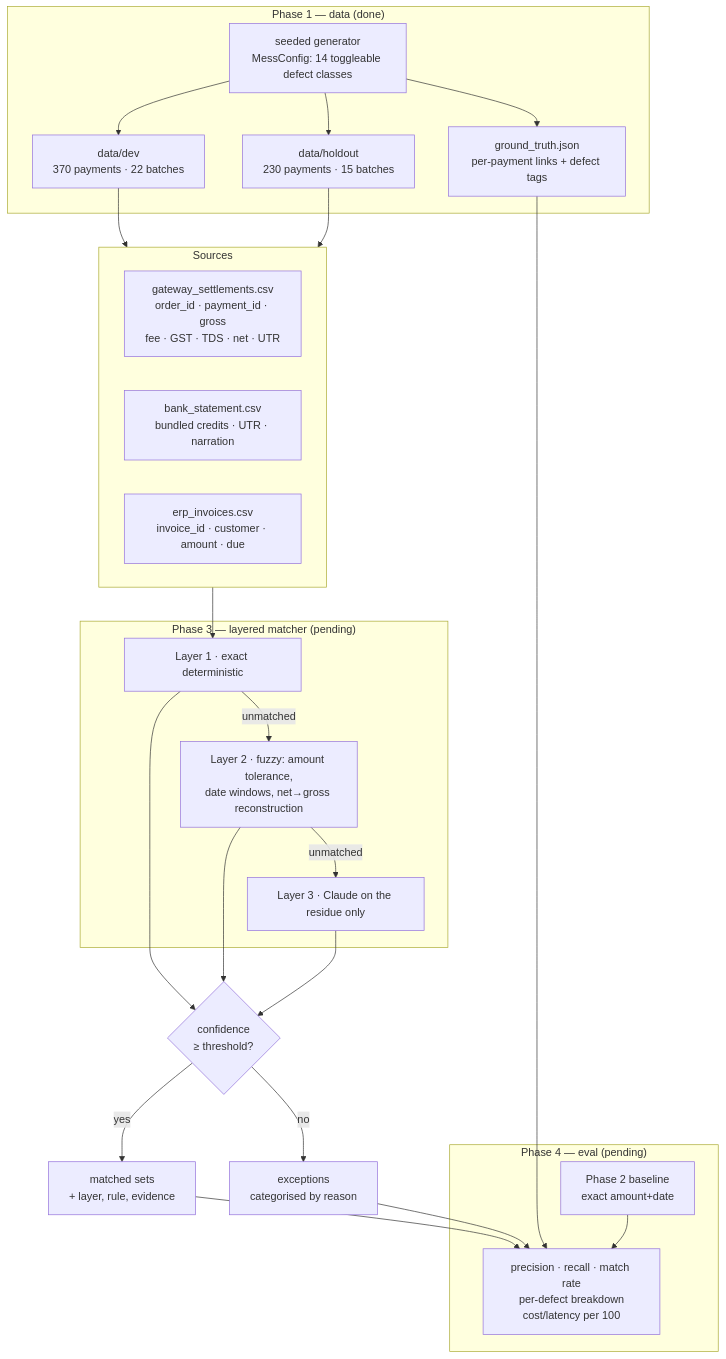
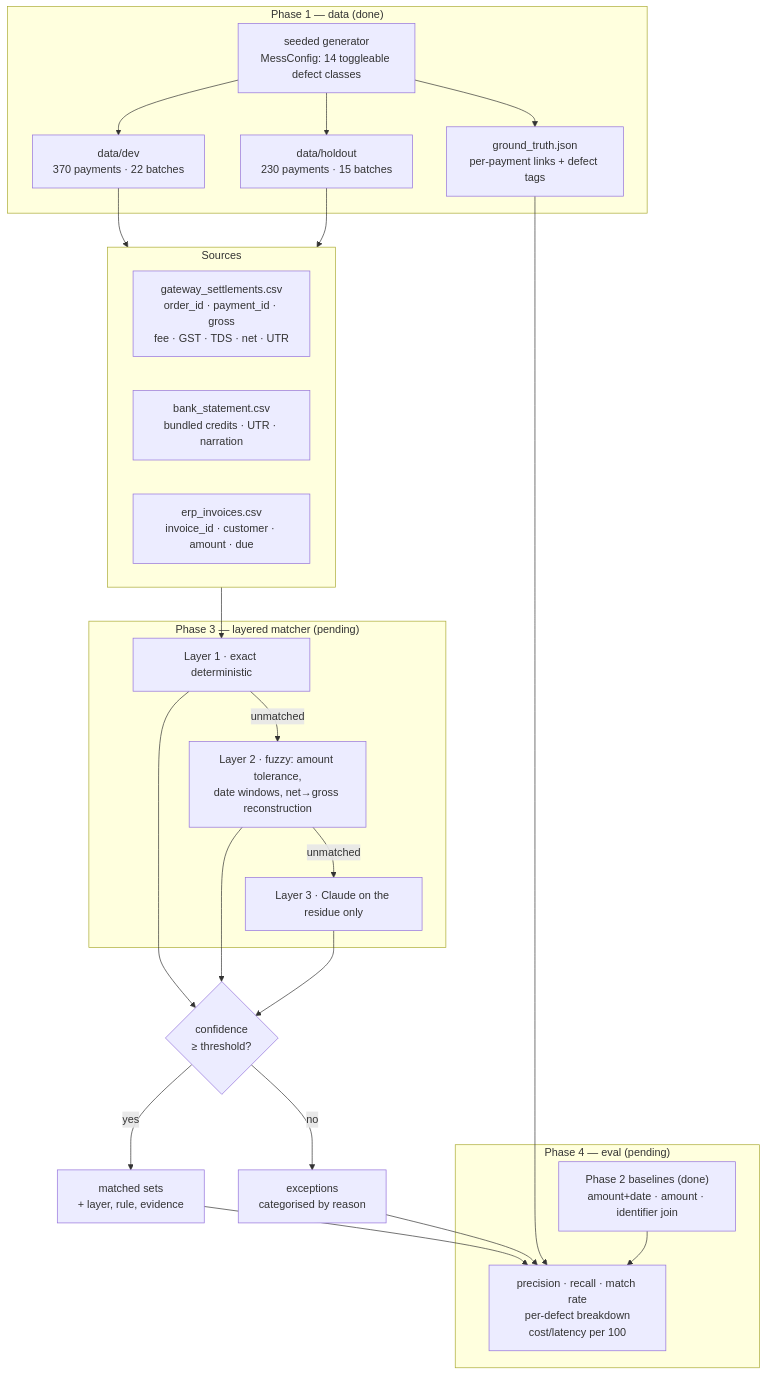
Before and after one commit to PulipatiPranav/razorpay-reconciliation-agent: the diagram in README.md, drawn with Mermaid. The commit also changed other lines of this file and 13 other files, not shown here.

First line of the commit message:
Phase 2: deterministic baselines, scorer, and the number to beat

````diff
--- a/README.md
+++ b/README.md
@@ -13,39 +13,39 @@
 ```mermaid
 flowchart TB
     subgraph P1["Phase 1 — data (done)"]
         GEN["seeded generator<br/>MessConfig: 14 toggleable defect classes"]
         GEN --> DEV["data/dev<br/>370 payments · 22 batches"]
         GEN --> HOLD["data/holdout<br/>230 payments · 15 batches"]
         GEN --> GT["ground_truth.json<br/>per-payment links + defect tags"]
     end
 
     subgraph SRC["Sources"]
         GW["gateway_settlements.csv<br/>order_id · payment_id · gross<br/>fee · GST · TDS · net · UTR"]
         BANK["bank_statement.csv<br/>bundled credits · UTR · narration"]
         ERP["erp_invoices.csv<br/>invoice_id · customer · amount · due"]
     end
 
     DEV --> SRC
     HOLD --> SRC
 
     subgraph P3["Phase 3 — layered matcher (pending)"]
         L1["Layer 1 · exact deterministic"]
         L2["Layer 2 · fuzzy: amount tolerance,<br/>date windows, net→gross reconstruction"]
         L3["Layer 3 · Claude on the residue only"]
         L1 -->|unmatched| L2 -->|unmatched| L3
     end
 
     SRC --> L1
     L1 & L2 & L3 --> CONF{"confidence<br/>≥ threshold?"}
     CONF -->|yes| MATCH["matched sets<br/>+ layer, rule, evidence"]
     CONF -->|no| EXC["exceptions<br/>categorised by reason"]
 
     subgraph P4["Phase 4 — eval (pending)"]
-        BASE["Phase 2 baseline<br/>exact amount+date"]
+        BASE["Phase 2 baselines (done)<br/>amount+date · amount · identifier join"]
         EVAL["precision · recall · match rate<br/>per-defect breakdown<br/>cost/latency per 100"]
     end
 
     MATCH & EXC --> EVAL
     GT --> EVAL
     BASE --> EVAL
 ```
````
